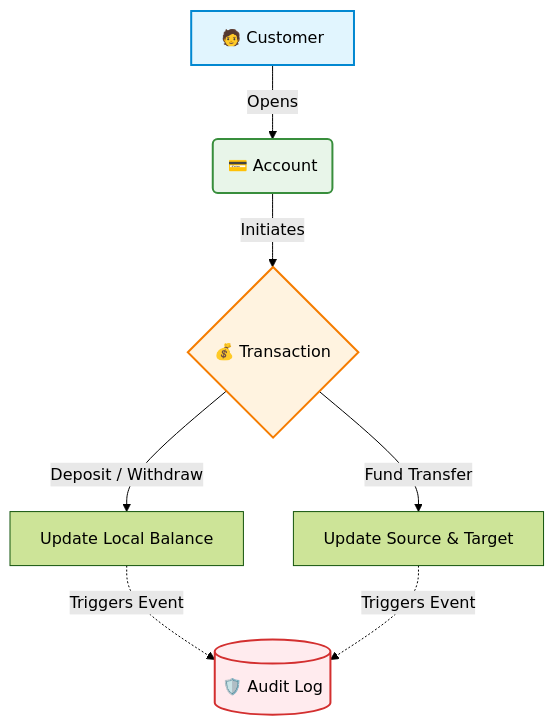
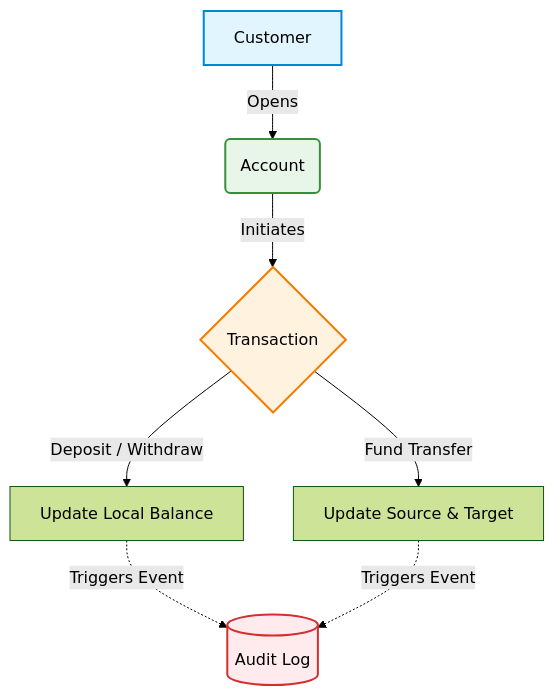
Before and after one commit to DibyaGit/Bank-Management-DBMS-Project: the diagram in README.md, drawn with Mermaid (forest theme).

Commit message:
fix: Resolve Mermaid diagram rendering issue on GitHub

````diff
--- a/README.md
+++ b/README.md
@@ -34,14 +34,14 @@
 ```mermaid
 graph TD
-    A[🧑 Customer] -->|Opens| B(💳 Account)
-    B -->|Initiates| C{💰 Transaction}
-    C -->|Deposit / Withdraw| D[Update Local Balance]
-    C -->|Fund Transfer| E[Update Source & Target]
-    D -.->|Triggers Event| F[(🛡️ Audit Log)]
-    E -.->|Triggers Event| F
+    A["Customer"] -->|"Opens"| B("Account")
+    B -->|"Initiates"| C{"Transaction"}
+    C -->|"Deposit / Withdraw"| D["Update Local Balance"]
+    C -->|"Fund Transfer"| E["Update Source & Target"]
+    D -.->|"Triggers Event"| F[("Audit Log")]
+    E -.->|"Triggers Event"| F
     
     style A fill:#e1f5fe,stroke:#0288d1,stroke-width:2px
     style B fill:#e8f5e9,stroke:#388e3c,stroke-width:2px
     style C fill:#fff3e0,stroke:#f57c00,stroke-width:2px
     style F fill:#ffebee,stroke:#d32f2f,stroke-width:2px
 ```
````
